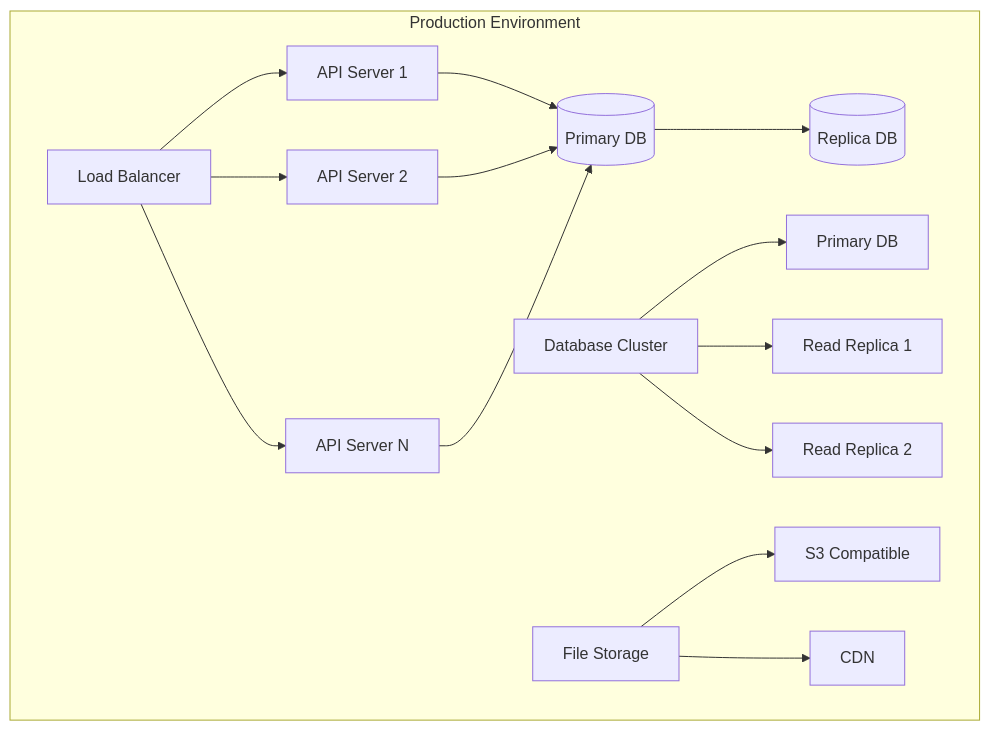
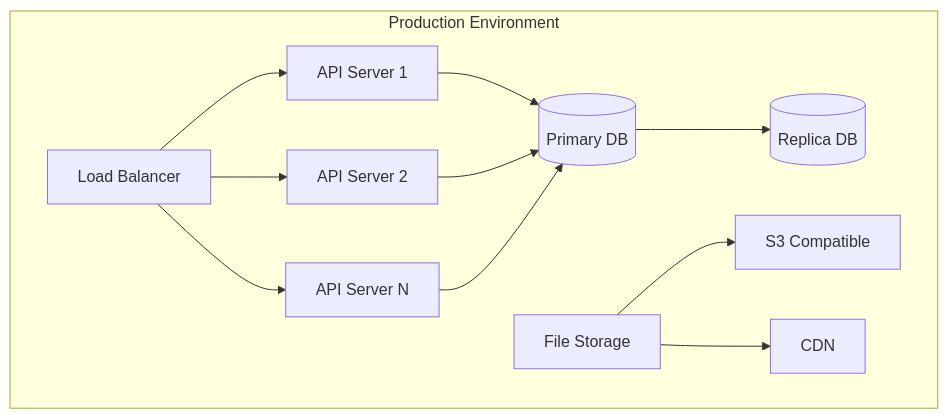
One commit to Dragon745/Content-Management-System changed diagram 15 of 16 in SRS.md. Above: the diagram before and after it, drawn with Mermaid. The commit also changed other lines of this file and 1 other file, not shown here.

````diff
--- a/SRS.md
+++ b/SRS.md
@@ -651,21 +619,17 @@
 ```mermaid
 graph TB
     subgraph "Production Environment"
         A[Load Balancer] --> B1[API Server 1]
         A --> B2[API Server 2]
         A --> B3[API Server N]
 
         B1 --> C[(Primary DB)]
         B2 --> C
         B3 --> C
 
         C --> D[(Replica DB)]
 
-        E[Database Cluster] --> E1[Primary DB]
-        E --> E2[Read Replica 1]
-        E --> E3[Read Replica 2]
-
-        F[File Storage] --> F1[S3 Compatible]
-        F --> F2[CDN]
+        E[File Storage] --> E1[S3 Compatible]
+        E --> E2[CDN]
     end
 ```
````
